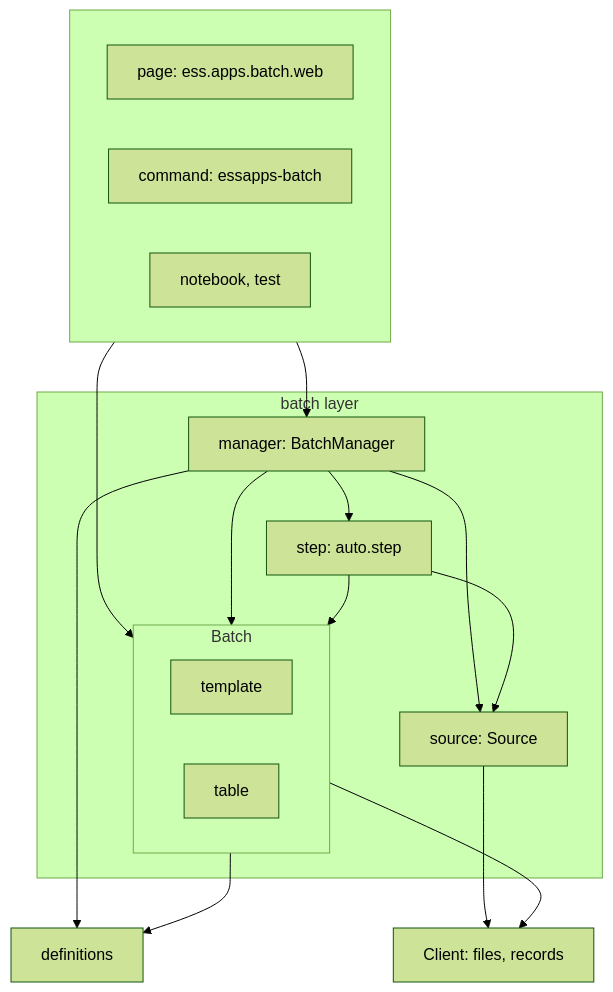
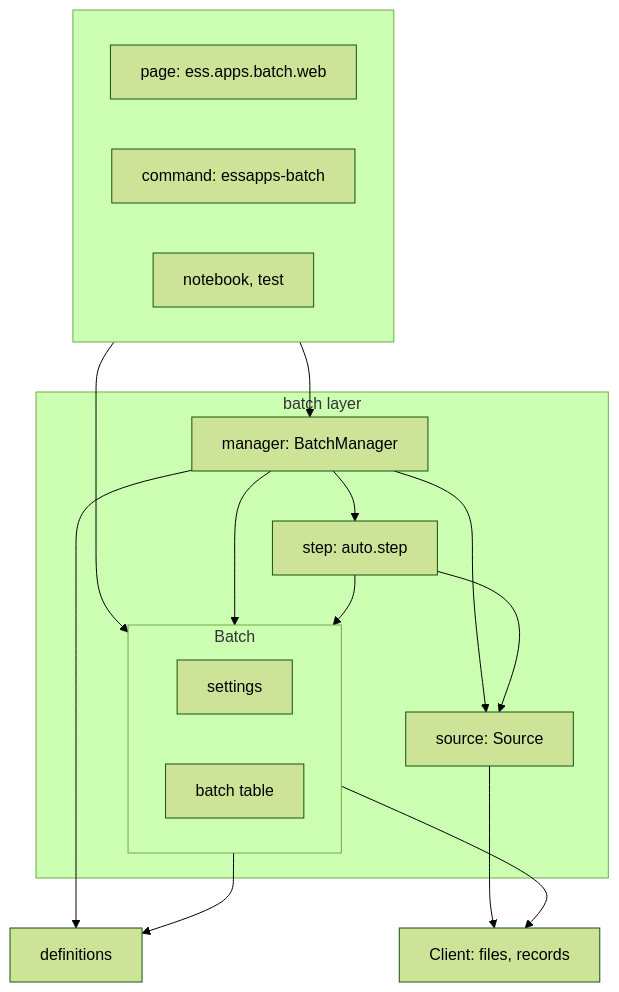
The first of 5 diagrams in packages/essapps/docs/batch.md (scipp/essapps), drawn with Mermaid (forest theme) before and after one commit. The commit also changed other lines of this file, not shown here.

First line of the commit message:
Batch guide: name the tables, state the value of a parameter as code

````diff
--- a/packages/essapps/docs/batch.md
+++ b/packages/essapps/docs/batch.md
@@ -14,30 +14,30 @@
 ```mermaid
 flowchart TD
     subgraph callers [" "]
         page["page: ess.apps.batch.web"]
         command["command: essapps-batch"]
         notebook["notebook, test"]
     end
     subgraph layer ["batch layer"]
         manager["manager: BatchManager"]
         subgraph batch ["Batch"]
-            template
-            table
+            settings
+            table["batch table"]
         end
         step["step: auto.step"]
         source["source: Source"]
     end
     definitions["definitions"]
     client["Client: files, records"]
     callers --> batch
     callers --> manager
     manager --> batch
     manager --> step
     manager --> source
     manager --> definitions
     step --> batch
     step --> source
     batch --> definitions
     batch --> client
     source --> client
 ```
````
